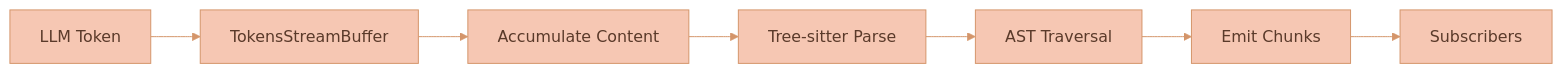
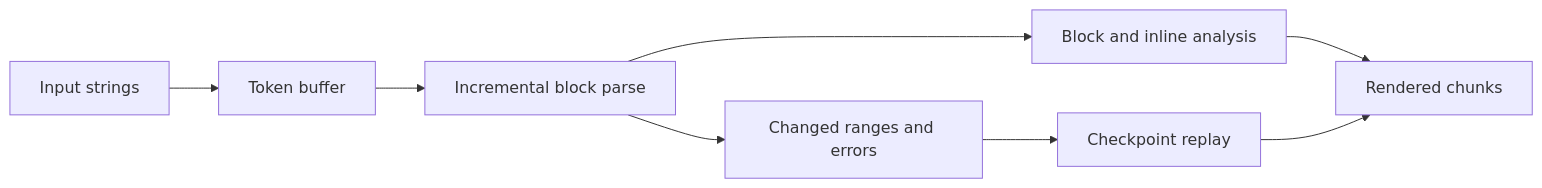
The diagram in README.md (Lixpi/markdown-stream-parser), drawn with Mermaid before and after one commit. The commit also changed other lines of this file and 1 other file, not shown here.

````diff
--- a/README.md
+++ b/README.md
@@ -418,10 +349,10 @@
 ```mermaid
-%%{init: {'theme': 'base', 'themeVariables': { 'primaryColor': '#F6C7B3', 'primaryTextColor': '#5a3a2a', 'primaryBorderColor': '#d4956a', 'secondaryColor': '#C3DEDD', 'secondaryTextColor': '#1a3a47', 'secondaryBorderColor': '#4a8a9d', 'tertiaryColor': '#DCECE9', 'tertiaryTextColor': '#1a3a47', 'tertiaryBorderColor': '#82B2C0', 'lineColor': '#d4956a', 'textColor': '#5a3a2a'}}}%%
 flowchart LR
-    A[LLM Token] --> B[TokensStreamBuffer]
-    B --> C[Accumulate Content]
-    C --> D[Tree-sitter Parse]
-    D --> E[AST Traversal]
-    E --> F[Emit Chunks]
-    F --> G[Subscribers]
+    A[Input strings] --> B[Token buffer]
+    B --> C[Incremental block parse]
+    C --> D[Block and inline analysis]
+    D --> E[Rendered chunks]
+    C --> F[Changed ranges and errors]
+    F --> G[Checkpoint replay]
+    G --> E
 ```
````
